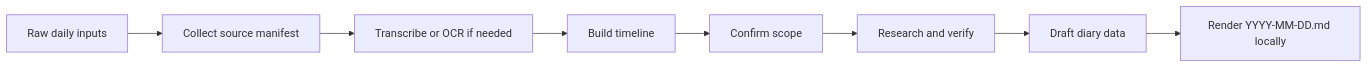
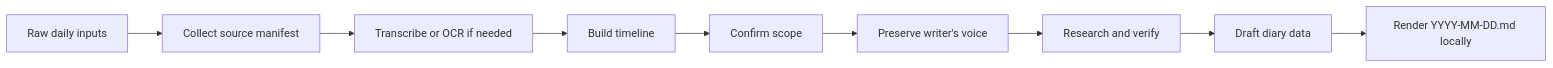
Before and after one commit to BlackTreeBoom/daily-diary-skill: the diagram in README.md, drawn with Mermaid. The commit also changed other lines of this file and 5 other files, not shown here.

Commit message:
Preserve diary writer voice

````diff
--- a/README.md
+++ b/README.md
@@ -42,10 +45,11 @@
 ```mermaid
 flowchart LR
   A["Raw daily inputs"] --> B["Collect source manifest"]
   B --> C["Transcribe or OCR if needed"]
   C --> D["Build timeline"]
   D --> E["Confirm scope"]
-  E --> F["Research and verify"]
-  F --> G["Draft diary data"]
-  G --> H["Render YYYY-MM-DD.md locally"]
+  E --> F["Preserve writer's voice"]
+  F --> G["Research and verify"]
+  G --> H["Draft diary data"]
+  H --> I["Render YYYY-MM-DD.md locally"]
 ```
````
